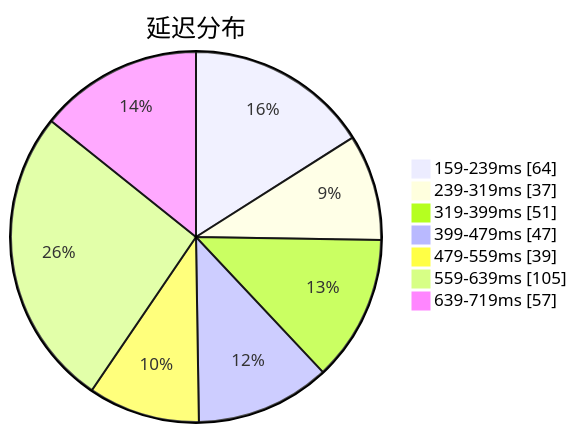
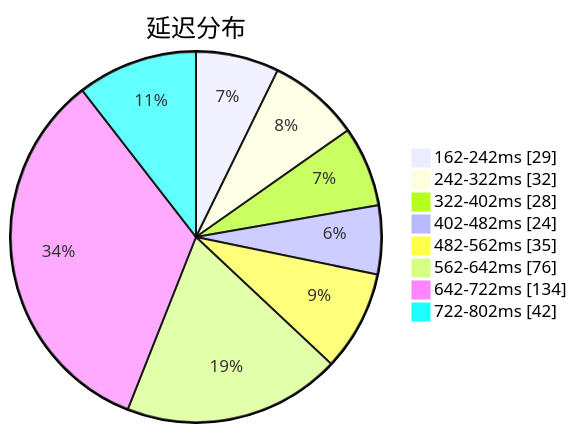
Before and after one commit to qjlxg/airport: the first of 3 diagrams in subs/statistics/tested_within.md, drawn with Mermaid. The commit also changed other lines of this file and 2 other files, not shown here.

````diff
--- a/subs/statistics/tested_within.md
+++ b/subs/statistics/tested_within.md
@@ -2,11 +2,12 @@
 ```mermaid
 pie showData
 title 延迟分布
-"159-239ms" : 64
-"239-319ms" : 37
-"319-399ms" : 51
-"399-479ms" : 47
-"479-559ms" : 39
-"559-639ms" : 105
-"639-719ms" : 57
+"162-242ms" : 29
+"242-322ms" : 32
+"322-402ms" : 28
+"402-482ms" : 24
+"482-562ms" : 35
+"562-642ms" : 76
+"642-722ms" : 134
+"722-802ms" : 42
 ```
````
